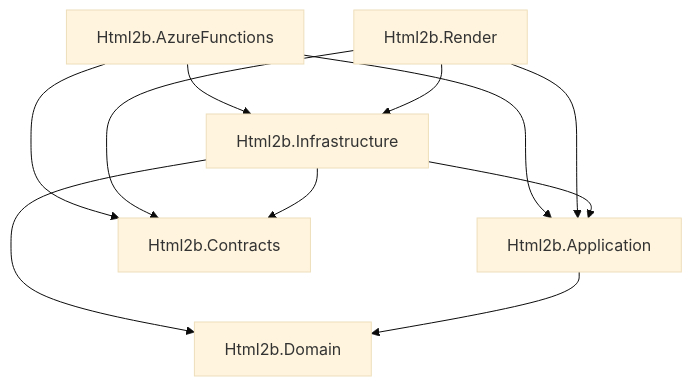
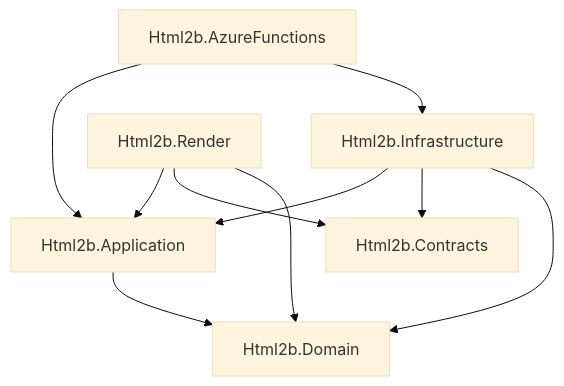
One commit to george-pov/html2b changed the second of 2 diagrams in docs/api/architecture.md. Above: the diagram before and after it, drawn with Mermaid (base theme). The commit also changed other lines of this file and 6 other files, not shown here.

````diff
--- a/docs/api/architecture.md
+++ b/docs/api/architecture.md
@@ -107,16 +65,15 @@
 ```mermaid
 flowchart TD
-    Api["Html2b.AzureFunctions"] --> Application["Html2b.Application"]
-    Api --> Infrastructure["Html2b.Infrastructure"]
-    Api --> Contracts["Html2b.Contracts"]
+    Functions["Html2b.AzureFunctions"] --> Application["Html2b.Application"]
+    Functions --> Infrastructure["Html2b.Infrastructure"]
+
+    Infrastructure --> Application
+    Infrastructure --> Contracts["Html2b.Contracts"]
+    Infrastructure --> Domain["Html2b.Domain"]
 
     Render["Html2b.Render"] --> Application
-    Render --> Infrastructure
     Render --> Contracts
-
-    Infrastructure --> Application
-    Infrastructure --> Domain["Html2b.Domain"]
-    Infrastructure --> Contracts
+    Render --> Domain
 
     Application --> Domain
 ```
````
